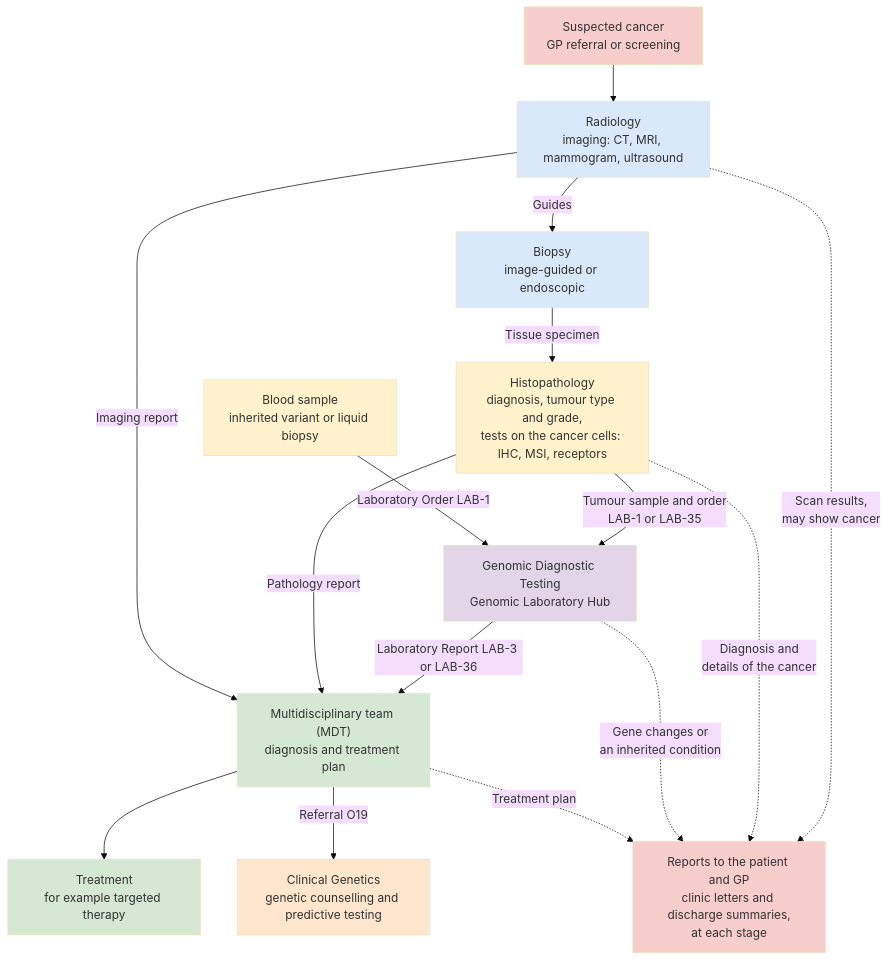
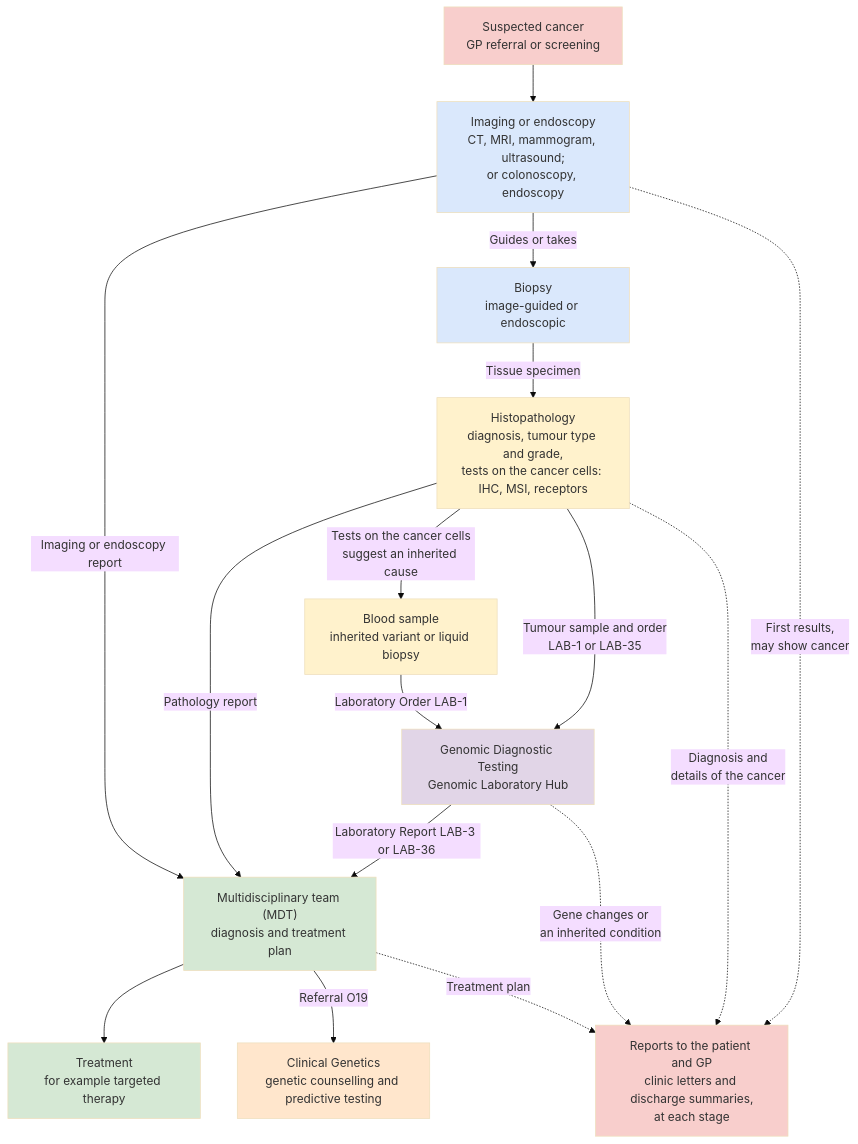
Before and after one commit to nw-gmsa/nw-gmsa.github.com: the fourth of 4 diagrams in input/pagecontent/overview.md, drawn with Mermaid (base theme). The commit also changed other lines of this file, not shown here.

First line of the commit message:
Overview: first step of the cancer pathway is imaging or endoscopy

````diff
--- a/input/pagecontent/overview.md
+++ b/input/pagecontent/overview.md
@@ -97,36 +97,37 @@
 ```mermaid
 graph TD;
 
     GP["Suspected cancer<br/>GP referral or screening"] --> R
-    R["Radiology<br/>imaging: CT, MRI, mammogram, ultrasound"] --> |Guides| B
+    R["Imaging or endoscopy<br/>CT, MRI, mammogram, ultrasound;<br/>or colonoscopy, endoscopy"] --> |"Guides or takes"| B
     B["Biopsy<br/>image-guided or endoscopic"] --> |Tissue specimen| P
     P["Histopathology<br/>diagnosis, tumour type and grade,<br/>tests on the cancer cells: IHC, MSI, receptors"] --> |"Tumour sample and order<br/>LAB-1 or LAB-35"| G
+    P --> |"Tests on the cancer cells<br/>suggest an inherited cause"| BL
     BL["Blood sample<br/>inherited variant or liquid biopsy"] --> |"Laboratory Order LAB-1"| G
     G["Genomic Diagnostic Testing<br/>Genomic Laboratory Hub"] --> |"Laboratory Report LAB-3 or LAB-36"| M
     P --> |Pathology report| M
-    R --> |Imaging report| M
+    R --> |"Imaging or endoscopy report"| M
     M["Multidisciplinary team (MDT)<br/>diagnosis and treatment plan"] --> T["Treatment<br/>for example targeted therapy"]
     M --> |"Referral O19"| CG["Clinical Genetics<br/>genetic counselling and predictive testing"]
     L["Reports to the patient and GP<br/>clinic letters and discharge summaries,<br/>at each stage"]
-    R -.-> |"Scan results,<br/>may show cancer"| L
+    R -.-> |"First results,<br/>may show cancer"| L
     P -.-> |"Diagnosis and<br/>details of the cancer"| L
     G -.-> |"Gene changes or<br/>an inherited condition"| L
     M -.-> |"Treatment plan"| L
 
     click G StructureDefinition-ServiceRequest.html
 
     classDef purple fill:#E1D5E7;
     classDef yellow fill:#FFF2CC;
     classDef pink fill:#F8CECC
     classDef green fill:#D5E8D4;
     classDef blue fill:#DAE8FC;
     classDef orange fill:#FFE6CC;
 
     class GP pink
     class R,B blue
     class P,BL yellow
     class G purple
     class M,T green
     class CG orange
     class L pink
 ```
````
